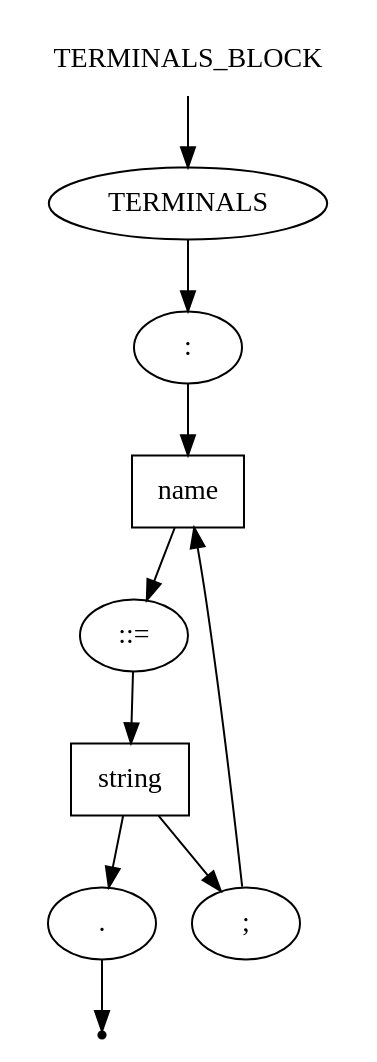
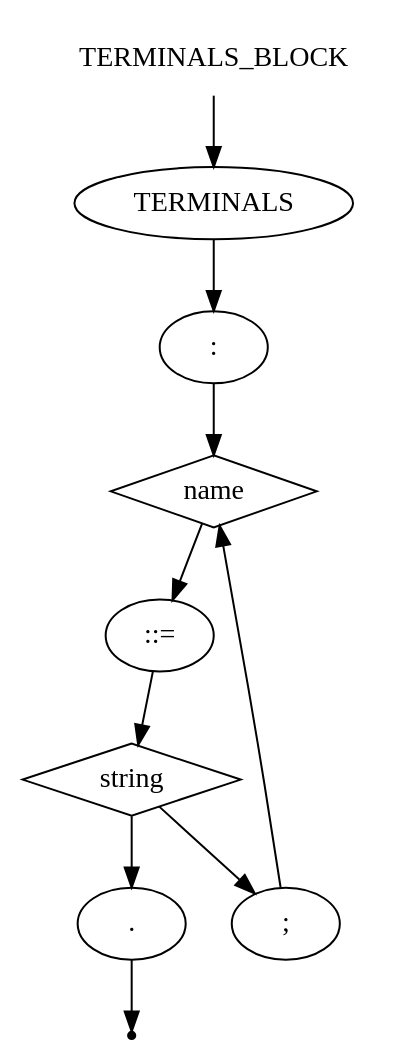
One commit to aVorotnikov/dsl_generator changed the diagram in _examples/ebnf/terminals_block.gv. Above: the diagram before and after it, drawn with Graphviz. The commit also changed 6 other files, not shown here.

Commit message:
Update Virt diagrams specification

```diff
--- a/_examples/ebnf/terminals_block.gv
+++ b/_examples/ebnf/terminals_block.gv
@@ -1,20 +1,20 @@
 digraph TERMINALS_BLOCK {
     start [label=TERMINALS_BLOCK shape=plaintext]
     A [label=TERMINALS shape=oval]
     B [label=":" shape=oval]
-    C [label=name shape=box]
+    C [label=name shape=diamond]
     D [label="::=" shape=oval]
-    E [label=string shape=box]
+    E [label=string shape=diamond]
     F [label=";" shape=oval]
     G [label="." shape=oval]
     end [label="" shape=point]
     start -> A
     A -> B
     B -> C
     C -> D
     D -> E
     E -> F
     F -> C
     E -> G
     G -> end
 }
```
